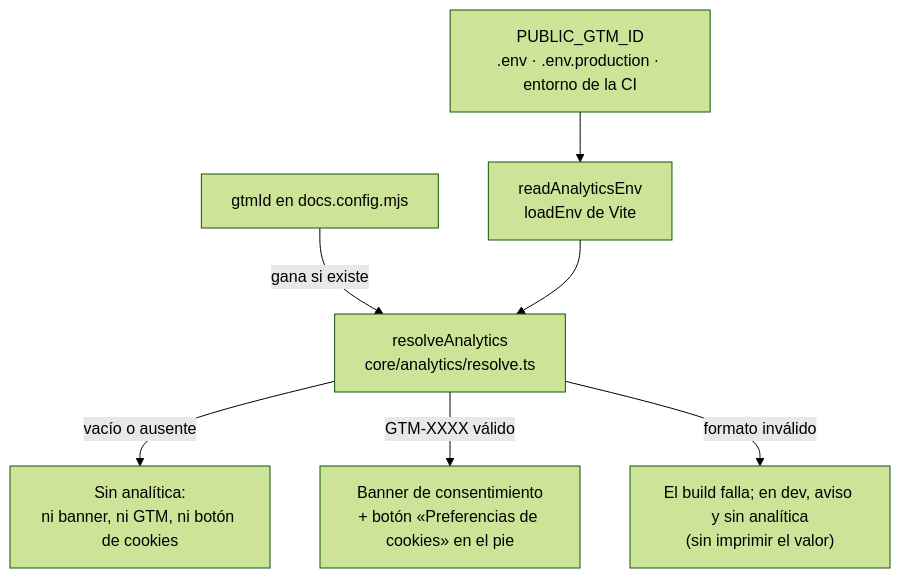
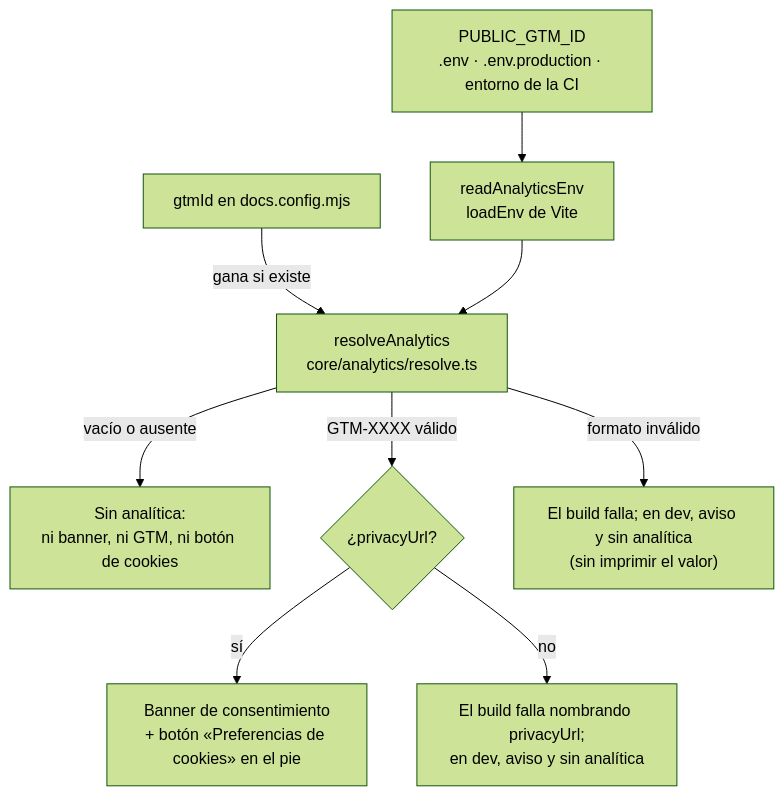
Before and after one commit to velezanthony/design: the first of 2 diagrams in docs/src/content/docs/integracion/analitica-y-privacidad.md, drawn with Mermaid (forest theme). The commit also changed other lines of this file and 12 other files, not shown here.

First line of the commit message:
docs!: document that the 404 and privacy pages belong to the site, and that analytics needs privacyUrl

````diff
--- a/docs/src/content/docs/integracion/analitica-y-privacidad.md
+++ b/docs/src/content/docs/integracion/analitica-y-privacidad.md
@@ -16,9 +17,11 @@
 ```mermaid
 flowchart TD
   cfg["gtmId en docs.config.mjs"] -->|gana si existe| res["resolveAnalytics<br/>core/analytics/resolve.ts"]
   env["PUBLIC_GTM_ID<br/>.env · .env.production · entorno de la CI"] --> rd["readAnalyticsEnv<br/>loadEnv de Vite"]
   rd --> res
   res -->|vacío o ausente| off["Sin analítica:<br/>ni banner, ni GTM, ni botón de cookies"]
-  res -->|"GTM-XXXX válido"| on["Banner de consentimiento<br/>+ botón «Preferencias de cookies» en el pie"]
+  res -->|"GTM-XXXX válido"| pu{"¿privacyUrl?"}
+  pu -->|sí| on["Banner de consentimiento<br/>+ botón «Preferencias de cookies» en el pie"]
+  pu -->|no| nop["El build falla nombrando privacyUrl;<br/>en dev, aviso y sin analítica"]
   res -->|formato inválido| err["El build falla; en dev, aviso y sin analítica<br/>(sin imprimir el valor)"]
 ```
````
